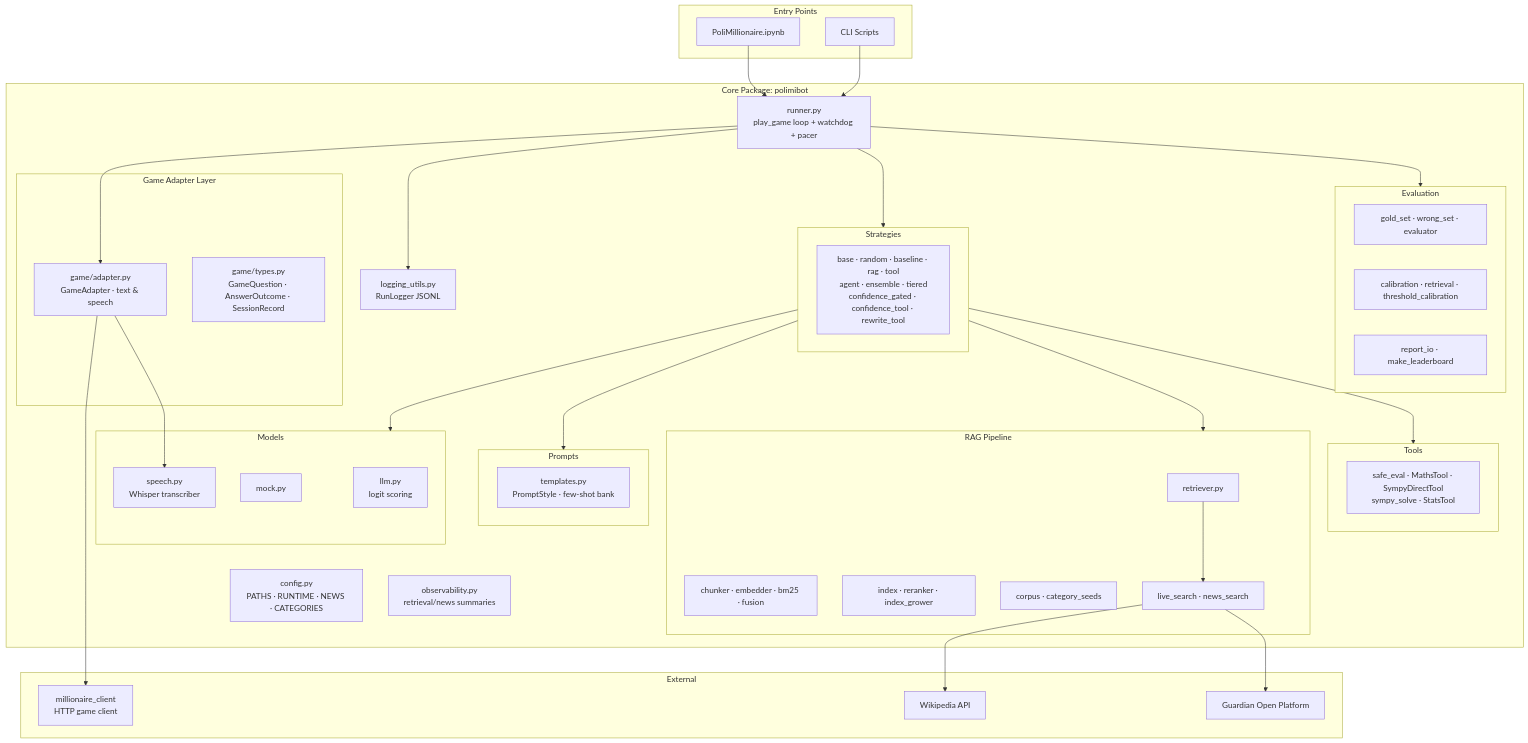
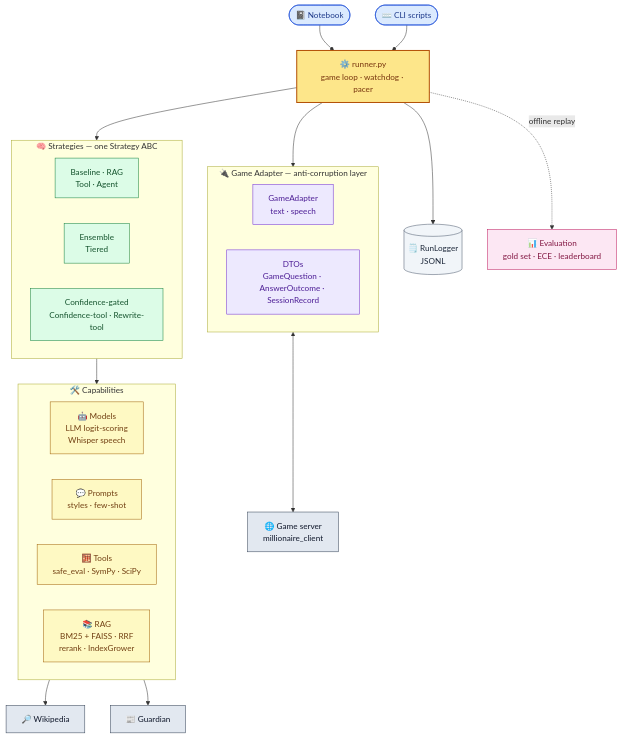
One commit to m-ebrahimzadeh/PoliMillionaire changed the diagram in README.md. Above: the diagram before and after it, drawn with Mermaid. The commit also changed other lines of this file, not shown here.

Commit message:
docs: link README to the live docs site and redesign the architecture diagram
Point all documentation references to the published GitHub Pages site
(m-ebrahimzadeh.github.io/PoliMillionaire) with readable link text instead
of raw docs/*.html file paths, and replace the architecture Mermaid diagram
with a cleaner, color-coded layered view (entry, runner, adapter,
strategies, capabilities, evaluation, external sources).

````diff
--- a/README.md
+++ b/README.md
@@ -71,70 +71,55 @@
 ```mermaid
 flowchart TB
-    subgraph Entry["Entry Points"]
-        NB[PoliMillionaire.ipynb]
-        CLI[CLI Scripts]
+    NB(["📓 Notebook"]):::entry
+    CLI(["⌨️ CLI scripts"]):::entry
+
+    RUNNER["⚙️ runner.py<br/>game loop · watchdog · pacer"]:::core
+    LOG[("🗒️ RunLogger<br/>JSONL")]:::data
+
+    subgraph ADP["🔌 Game Adapter — anti-corruption layer"]
+        direction LR
+        GA["GameAdapter<br/>text · speech"]:::adapter
+        DTO["DTOs<br/>GameQuestion · AnswerOutcome · SessionRecord"]:::adapter
     end
 
-    subgraph Core["Core Package: polimibot"]
-        RUNNER[runner.py<br/>play_game loop + watchdog + pacer]
-        CONFIG[config.py<br/>PATHS · RUNTIME · NEWS · CATEGORIES]
-        LOGGER[logging_utils.py<br/>RunLogger JSONL]
-        OBS[observability.py<br/>retrieval/news summaries]
-
-        subgraph Adapter["Game Adapter Layer"]
-            GAME_ADAPTER[game/adapter.py<br/>GameAdapter · text & speech]
-            GAME_TYPES[game/types.py<br/>GameQuestion · AnswerOutcome · SessionRecord]
-        end
-
-        subgraph Strategies["Strategies"]
-            STRAT[base · random · baseline · rag · tool<br/>agent · ensemble · tiered<br/>confidence_gated · confidence_tool · rewrite_tool]
-        end
-
-        subgraph Models["Models"]
-            LLM[llm.py<br/>logit scoring]
-            MOCK[mock.py]
-            SPEECH[speech.py<br/>Whisper transcriber]
-        end
-
-        subgraph Prompts["Prompts"]
-            TEMPLATES[templates.py<br/>PromptStyle · few-shot bank]
-        end
-
-        subgraph RAG["RAG Pipeline"]
-            RETRIEVER[retriever.py]
-            CHUNKER[chunker · embedder · bm25 · fusion]
-            INDEX[index · reranker · index_grower]
-            CORPUS[corpus · category_seeds]
-            LIVE[live_search · news_search]
-        end
-
-        subgraph Tools["Tools"]
-            TOOLSUITE[safe_eval · MathsTool · SympyDirectTool<br/>sympy_solve · StatsTool]
-        end
-
-        subgraph Eval["Evaluation"]
-            EVALUATOR[gold_set · wrong_set · evaluator]
-            METRICS[calibration · retrieval · threshold_calibration]
-            REPORTS[report_io · make_leaderboard]
-        end
+    subgraph STR["🧠 Strategies — one Strategy ABC"]
+        direction LR
+        S1["Baseline · RAG<br/>Tool · Agent"]:::strat
+        S2["Ensemble<br/>Tiered"]:::strat
+        S3["Confidence-gated<br/>Confidence-tool · Rewrite-tool"]:::strat
     end
 
-    subgraph Ext["External"]
-        MILLIONAIRE[millionaire_client<br/>HTTP game client]
-        WIKI[Wikipedia API]
-        GUARDIAN[Guardian Open Platform]
+    subgraph CAP["🛠️ Capabilities"]
+        direction LR
+        MODELS["🤖 Models<br/>LLM logit-scoring<br/>Whisper speech"]:::cap
+        PROMPTS["💬 Prompts<br/>styles · few-shot"]:::cap
+        TOOLS["🧮 Tools<br/>safe_eval · SymPy · SciPy"]:::cap
+        RAG["📚 RAG<br/>BM25 + FAISS · RRF<br/>rerank · IndexGrower"]:::cap
     end
+
+    EVAL["📊 Evaluation<br/>gold set · ECE · leaderboard"]:::eval
+
+    SERVER["🌐 Game server<br/>millionaire_client"]:::ext
+    WIKI["🔎 Wikipedia"]:::ext
+    GUARD["📰 Guardian"]:::ext
 
     NB --> RUNNER
     CLI --> RUNNER
-    RUNNER --> GAME_ADAPTER --> MILLIONAIRE
-    GAME_ADAPTER --> SPEECH
-    RUNNER --> Strategies --> Models
-    Strategies --> Prompts
-    Strategies --> RAG
-    RETRIEVER --> LIVE --> WIKI
-    LIVE --> GUARDIAN
-    Strategies --> Tools
-    RUNNER --> LOGGER
-    RUNNER --> Eval
+    RUNNER --> ADP
+    RUNNER --> STR
+    RUNNER --> LOG
+    RUNNER -. offline replay .-> EVAL
+    ADP <--> SERVER
+    STR --> CAP
+    RAG --> WIKI
+    RAG --> GUARD
+
+    classDef entry   fill:#dbeafe,stroke:#1d4ed8,color:#1e3a8a,stroke-width:1px;
+    classDef core    fill:#fde68a,stroke:#b45309,color:#78350f,stroke-width:2px;
+    classDef adapter fill:#ede9fe,stroke:#6d28d9,color:#4c1d95,stroke-width:1px;
+    classDef strat   fill:#dcfce7,stroke:#15803d,color:#14532d,stroke-width:1px;
+    classDef cap     fill:#fef9c3,stroke:#a16207,color:#713f12,stroke-width:1px;
+    classDef eval    fill:#fce7f3,stroke:#be185d,color:#831843,stroke-width:1px;
+    classDef data    fill:#f1f5f9,stroke:#475569,color:#1e293b,stroke-width:1px;
+    classDef ext     fill:#e2e8f0,stroke:#334155,color:#0f172a,stroke-width:1px;
 ```
````
